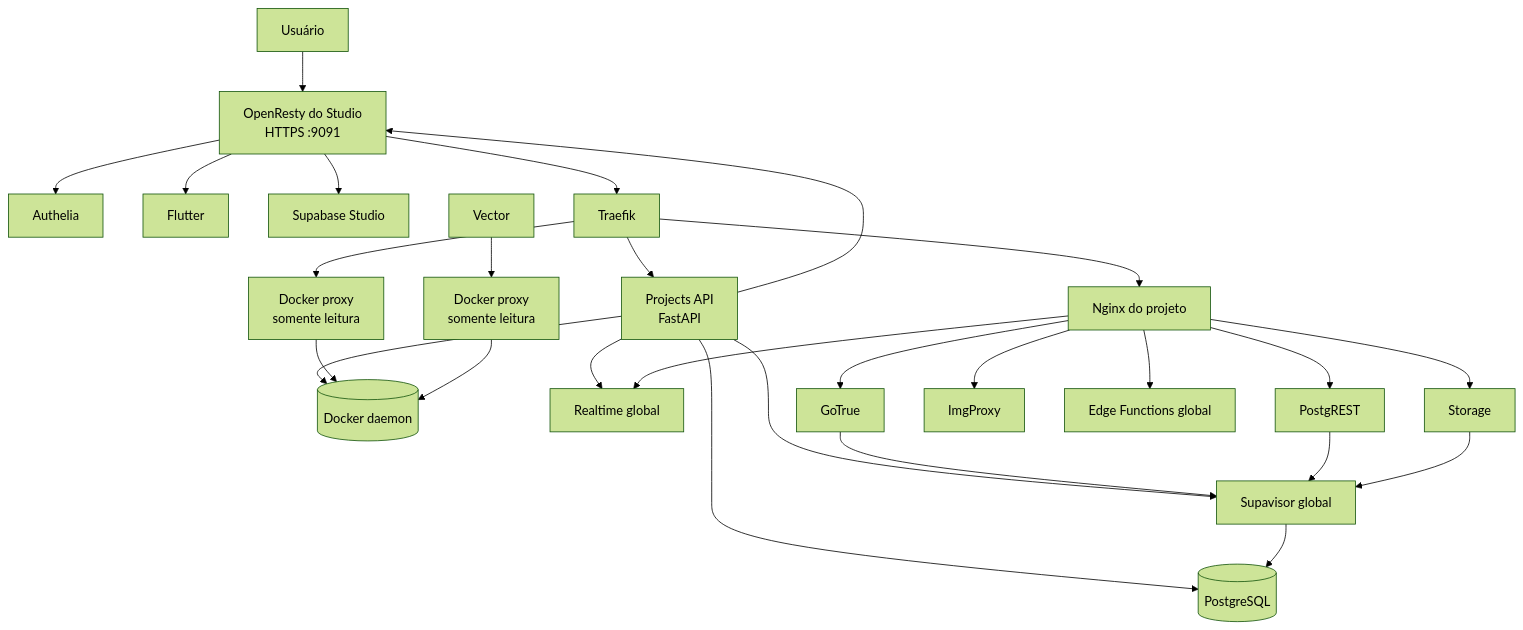
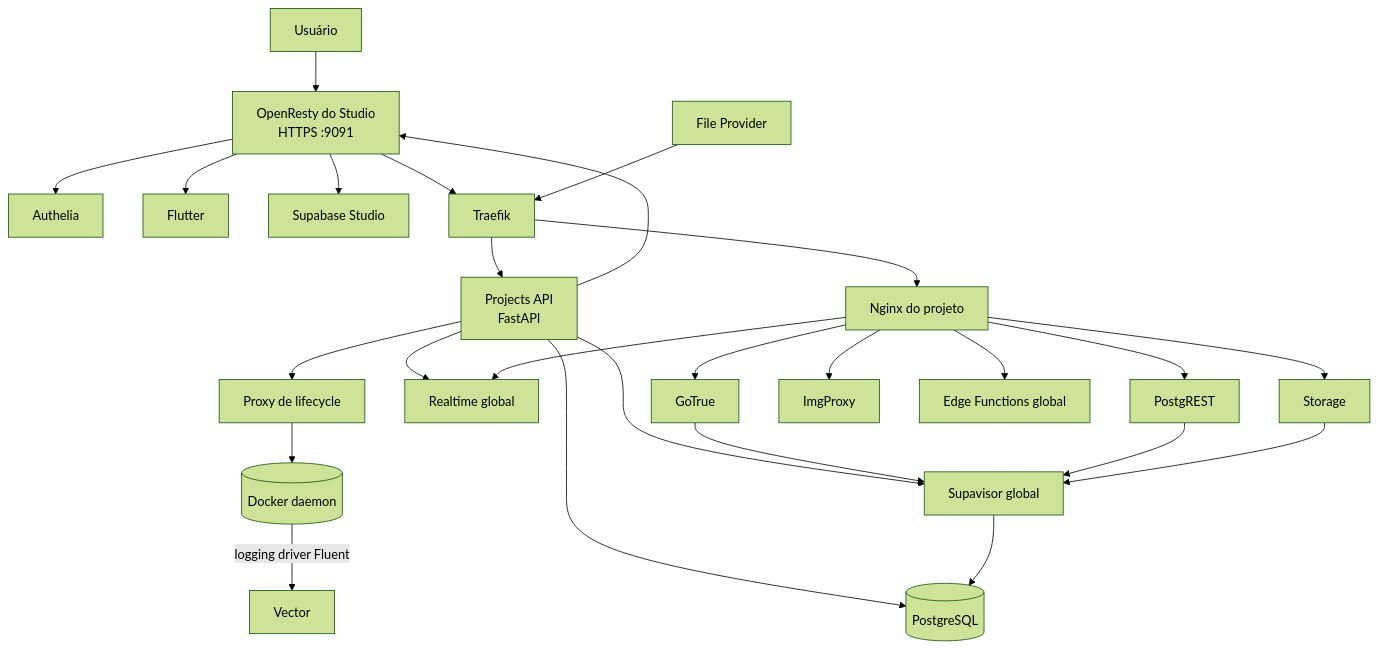
One commit to GustavoMartins123/supabase-multitenant changed the diagram in docs/00-arquitetura.md. Above: the diagram before and after it, drawn with Mermaid (forest theme). The commit also changed other lines of this file and 35 other files, not shown here.

First line of the commit message:
feat(deployment): add split-node topology and lifecycle proxy isolation

````diff
--- a/docs/00-arquitetura.md
+++ b/docs/00-arquitetura.md
@@ -15,34 +15,33 @@
 ```mermaid
 flowchart TB
     User[Usuário] --> StudioGateway[OpenResty do Studio\nHTTPS :9091]
     StudioGateway --> Authelia[Authelia]
     StudioGateway --> Selector[Flutter]
     StudioGateway --> Studio[Supabase Studio]
 
     StudioGateway --> Traefik[Traefik]
     Traefik --> ProjectsAPI[Projects API\nFastAPI]
     Traefik --> ProjectNginx[Nginx do projeto]
 
     ProjectsAPI --> PostgreSQL[(PostgreSQL)]
-    ProjectsAPI --> Docker[(Docker daemon)]
+    ProjectsAPI --> LifecycleProxy[Proxy de lifecycle]
+    LifecycleProxy --> Docker[(Docker daemon)]
     ProjectsAPI --> Realtime[Realtime global]
     ProjectsAPI --> Supavisor[Supavisor global]
     ProjectsAPI --> StudioGateway
 
-    Traefik --> TraefikDockerProxy[Docker proxy\nsomente leitura]
-    TraefikDockerProxy --> Docker
-    Vector[Vector] --> VectorDockerProxy[Docker proxy\nsomente leitura]
-    VectorDockerProxy --> Docker
+    DynamicConfig[File Provider] --> Traefik
+    Docker -->|logging driver Fluent| Vector[Vector]
 
     ProjectNginx --> Auth[GoTrue]
     ProjectNginx --> Rest[PostgREST]
     ProjectNginx --> Storage[Storage]
     ProjectNginx --> ImgProxy[ImgProxy]
     ProjectNginx --> Functions[Edge Functions global]
     ProjectNginx --> Realtime
 
     Auth --> Supavisor
     Rest --> Supavisor
     Storage --> Supavisor
     Supavisor --> PostgreSQL
 ```
````
